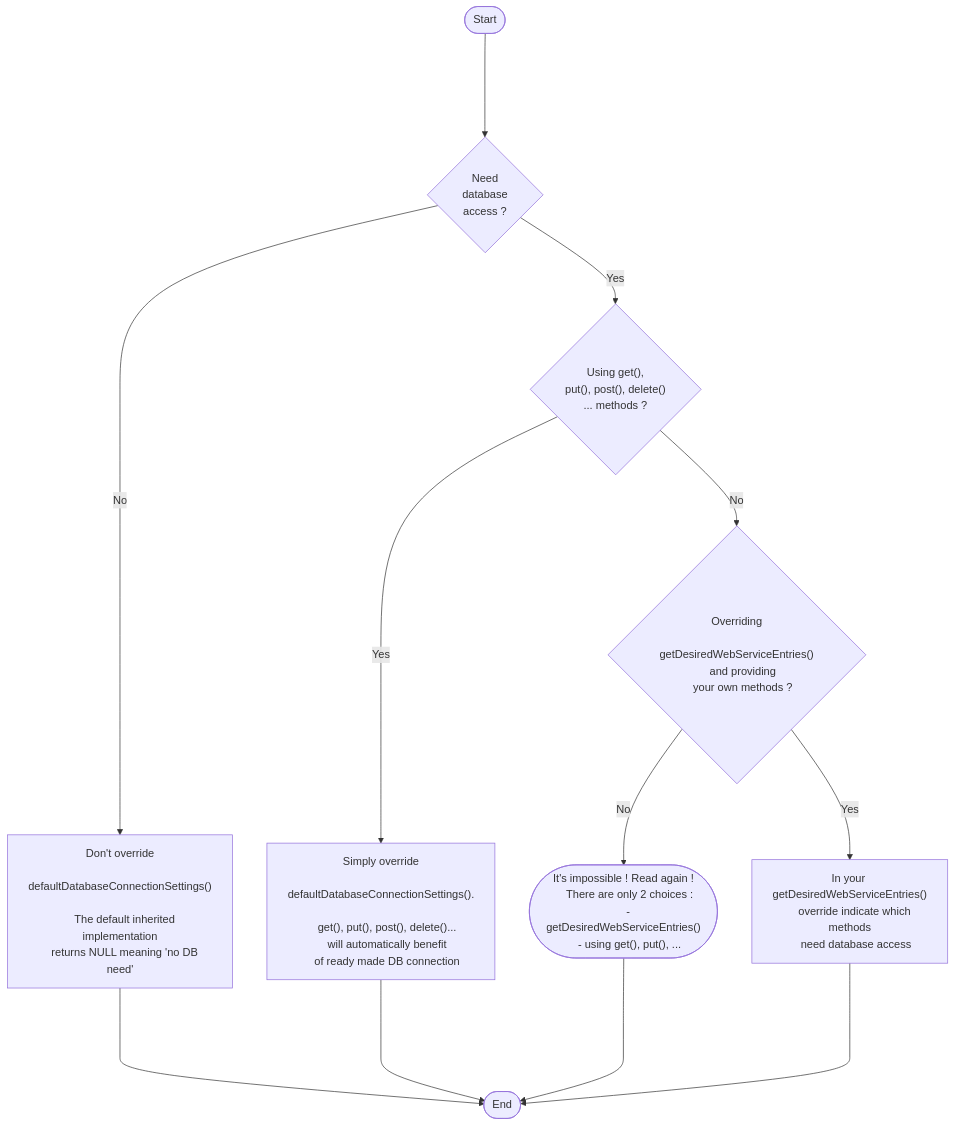
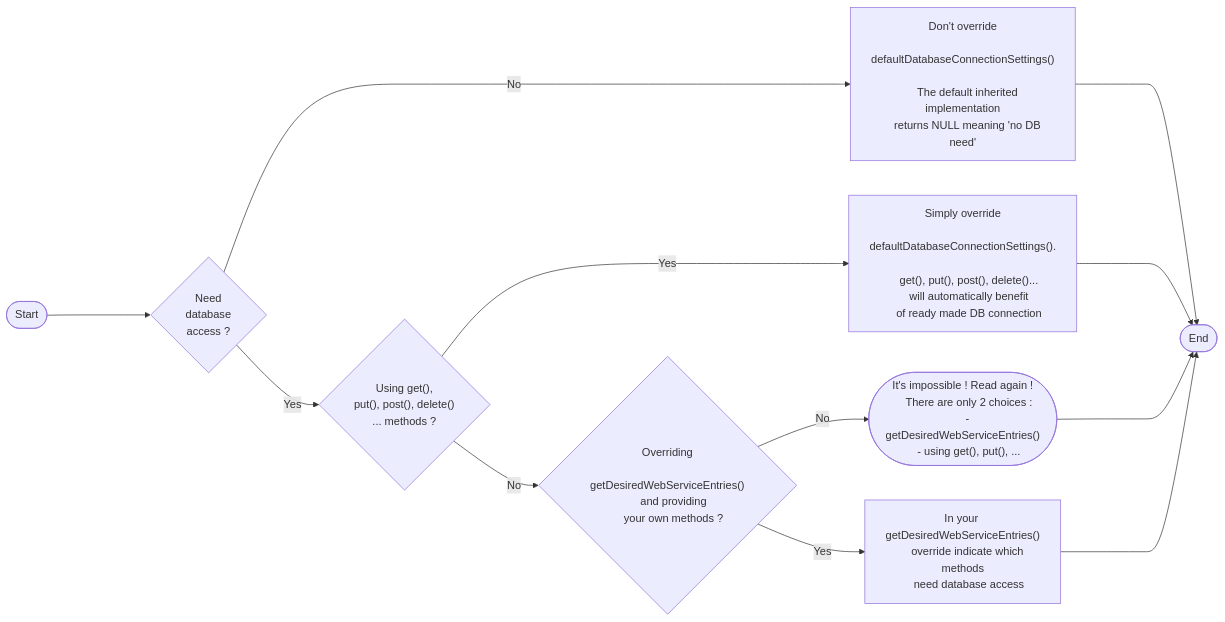
One commit to paul-friedli/easy-php-ws changed the first of 2 diagrams in README.md. Above: the diagram before and after it, drawn with Mermaid. The commit also changed other lines of this file, not shown here.

````diff
--- a/README.md
+++ b/README.md
@@ -321,56 +320,56 @@
 ```mermaid
-flowchart TD
+flowchart LR
     Start(["Start"])
     
     End(["End"])
     
     QNeedDB{"Need
     database
     access ?"}
    
     QUsingDefMethods{"Using get(),
     put(), post(), delete()
     ... methods ?"}
 
     QUsingNonDefMethods{"Overriding
     getDesiredWebServiceEntries()
     and providing
     your own methods ?"}
 
     NoDBNeed["Don't override
     defaultDatabaseConnectionSettings()
 
     The default inherited implementation
     returns NULL meaning 'no DB need'
     "]
 
     UsingDefMethods["Simply override
     defaultDatabaseConnectionSettings().
 
     get(), put(), post(), delete()...
     will automatically benefit
     of ready made DB connection "]
 
     DefineYourNeeds["In your getDesiredWebServiceEntries()
     override indicate which methods
     need database access"]
 
     NotPossibleReadAgain(["It's impossible ! Read again !
     There are only 2 choices :
     - getDesiredWebServiceEntries()
     - using get(), put(), ..."])
 
     Start---->QNeedDB
     QNeedDB-- No -->NoDBNeed
     QNeedDB-- Yes -->QUsingDefMethods
     NoDBNeed---->End
     QUsingDefMethods-- Yes -->UsingDefMethods
     QUsingDefMethods-- No -->QUsingNonDefMethods
     UsingDefMethods---->End
 
     QUsingNonDefMethods-- Yes -->DefineYourNeeds
     QUsingNonDefMethods-- No -->NotPossibleReadAgain
     NotPossibleReadAgain---->End
     DefineYourNeeds---->End
 
 ```
````
